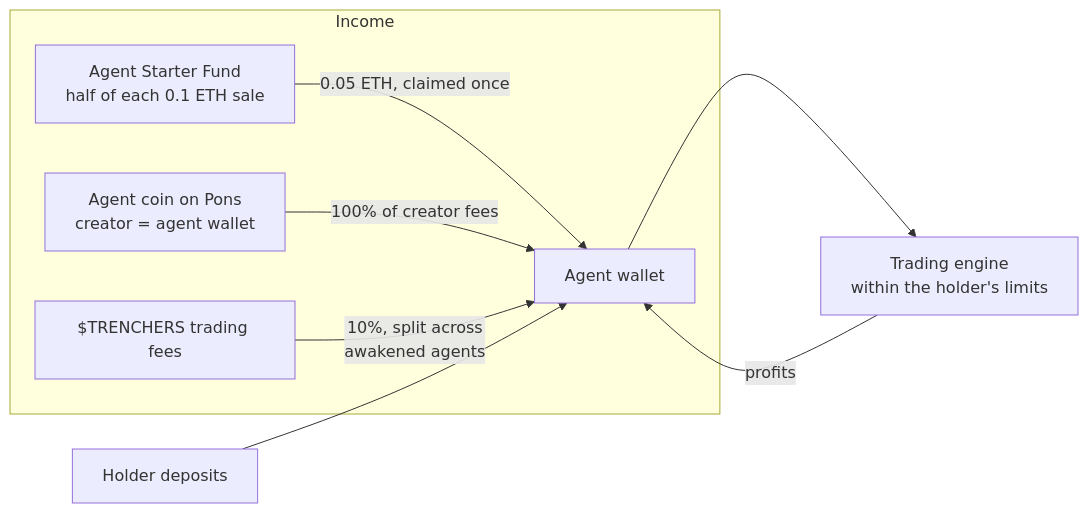
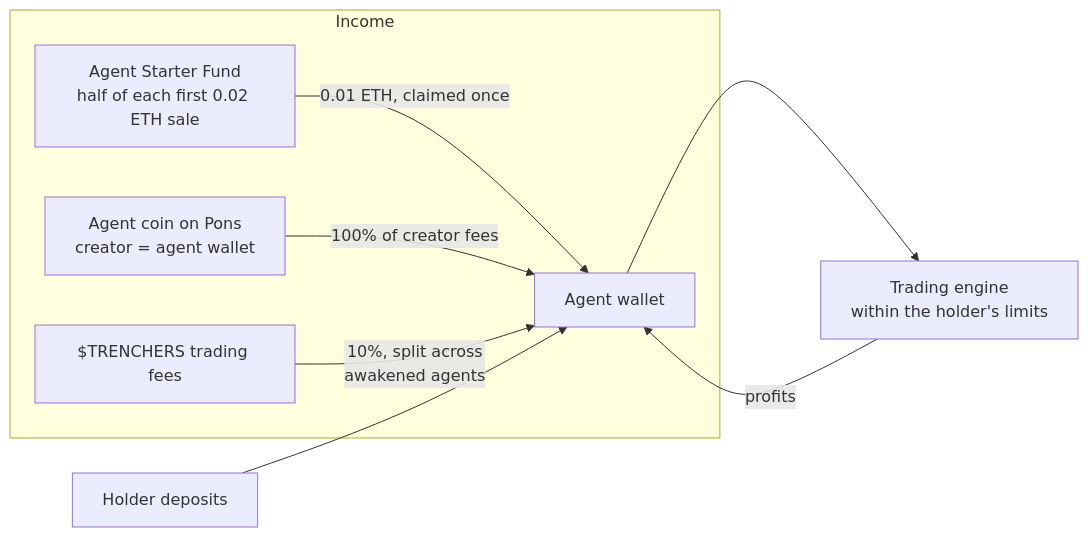
Before and after one commit to trenchersio/trenchers: the second of 6 diagrams in README.md, drawn with Mermaid. The commit also changed other lines of this file and 2021 other files, not shown here.

First line of the commit message:
Price 0.02 ETH, 0.01 ETH starter balance from the first sale

````diff
--- a/README.md
+++ b/README.md
@@ -165,11 +165,11 @@
 ```mermaid
 flowchart LR
     subgraph Income
-      S[Agent Starter Fund<br/>half of each 0.1 ETH sale] -->|0.05 ETH, claimed once| W
+      S[Agent Starter Fund<br/>half of each first 0.02 ETH sale] -->|0.01 ETH, claimed once| W
       C[Agent coin on Pons<br/>creator = agent wallet] -->|100% of creator fees| W
       T[$TRENCHERS trading fees] -->|10%, split across<br/>awakened agents| W
     end
     D[Holder deposits] --> W[Agent wallet]
     W --> E[Trading engine<br/>within the holder's limits]
     E -->|profits| W
 ```
````
